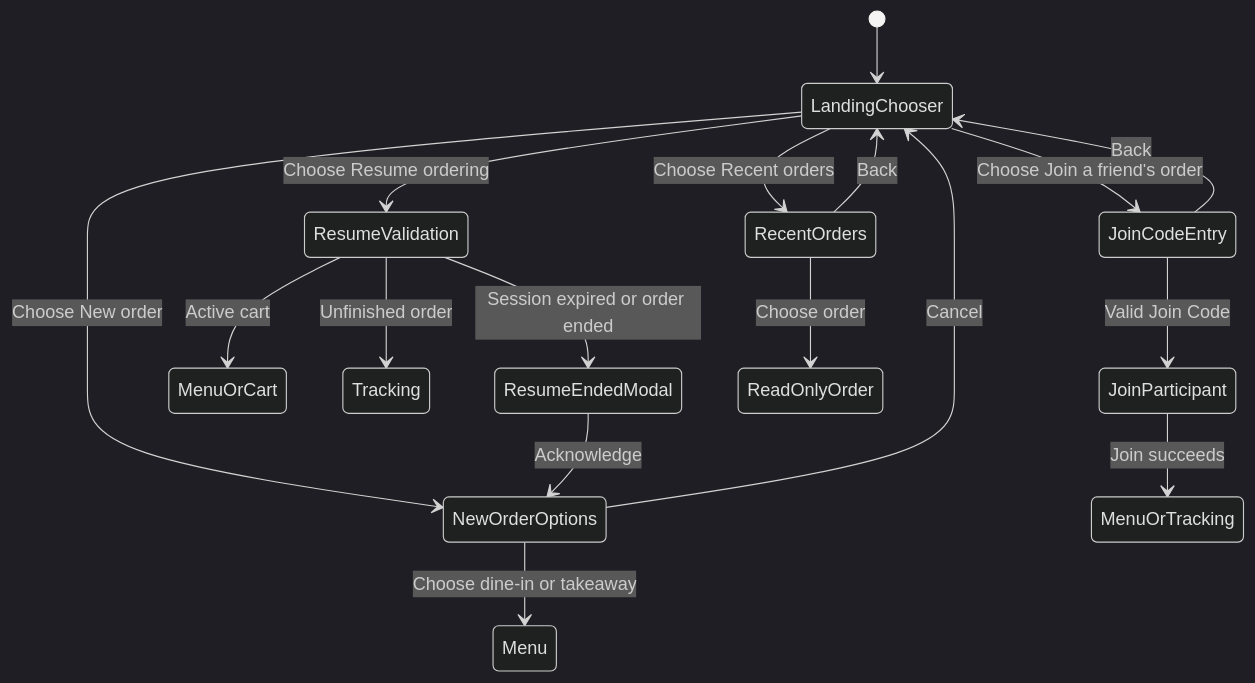
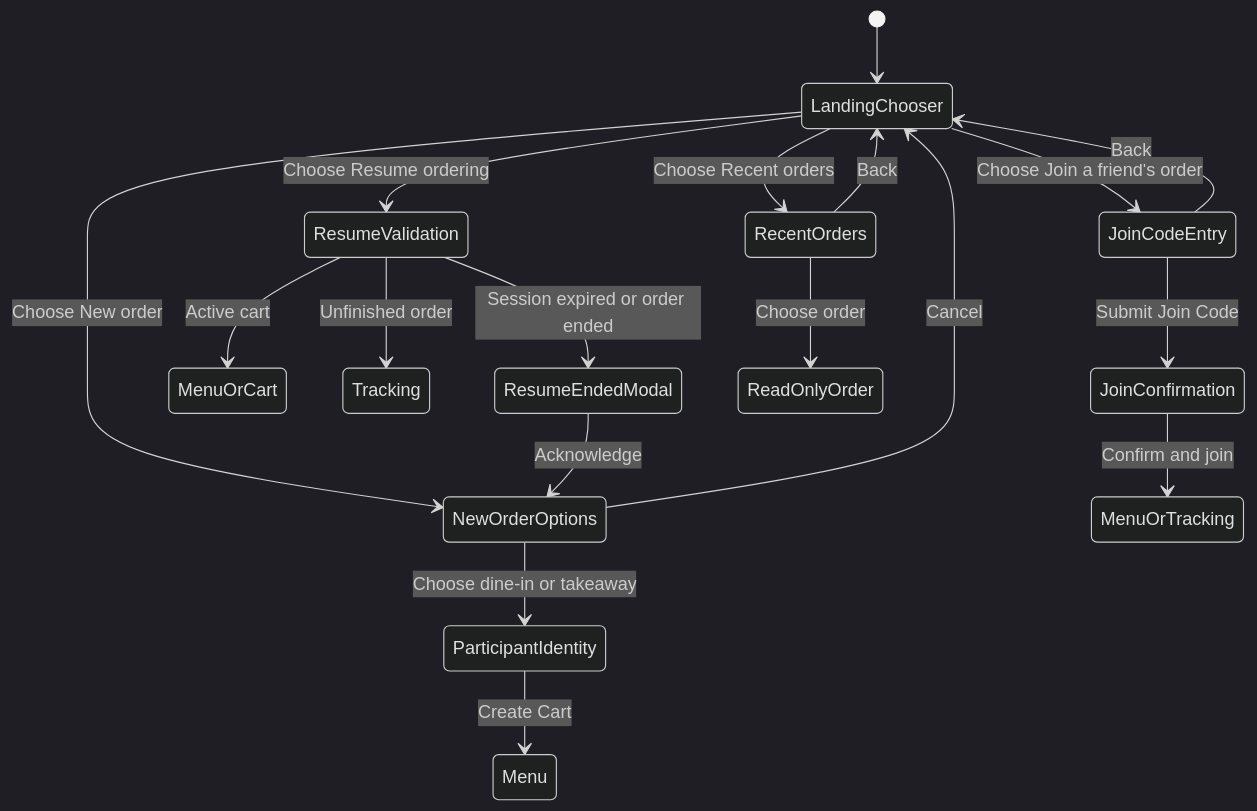
Before and after one commit to hyh009/ordering-platform: the first of 2 diagrams in docs/features/guest-ordering-entry-flow.md, drawn with Mermaid (dark theme). The commit also changed other lines of this file and 3 other files, not shown here.

````diff
--- a/docs/features/guest-ordering-entry-flow.md
+++ b/docs/features/guest-ordering-entry-flow.md
@@ -38,23 +38,24 @@
 ```mermaid
 stateDiagram-v2
   [*] --> LandingChooser
 
   LandingChooser --> NewOrderOptions: Choose New order
-  NewOrderOptions --> Menu: Choose dine-in or takeaway
+  NewOrderOptions --> ParticipantIdentity: Choose dine-in or takeaway
+  ParticipantIdentity --> Menu: Create Cart
   NewOrderOptions --> LandingChooser: Cancel
 
   LandingChooser --> JoinCodeEntry: Choose Join a friend's order
-  JoinCodeEntry --> JoinParticipant: Valid Join Code
+  JoinCodeEntry --> JoinConfirmation: Submit Join Code
   JoinCodeEntry --> LandingChooser: Back
-  JoinParticipant --> MenuOrTracking: Join succeeds
+  JoinConfirmation --> MenuOrTracking: Confirm and join
 
   LandingChooser --> ResumeValidation: Choose Resume ordering
   ResumeValidation --> MenuOrCart: Active cart
   ResumeValidation --> Tracking: Unfinished order
   ResumeValidation --> ResumeEndedModal: Session expired or order ended
   ResumeEndedModal --> NewOrderOptions: Acknowledge
 
   LandingChooser --> RecentOrders: Choose Recent orders
   RecentOrders --> ReadOnlyOrder: Choose order
   RecentOrders --> LandingChooser: Back
 ```
````
